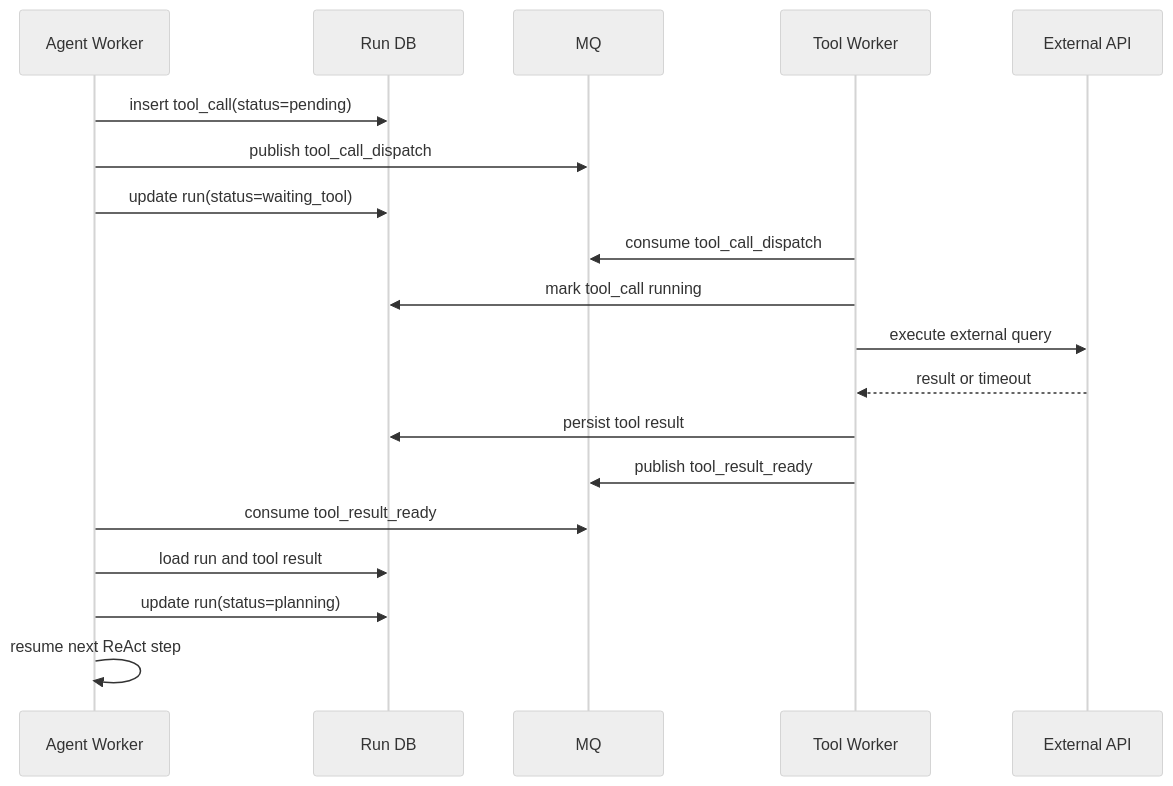
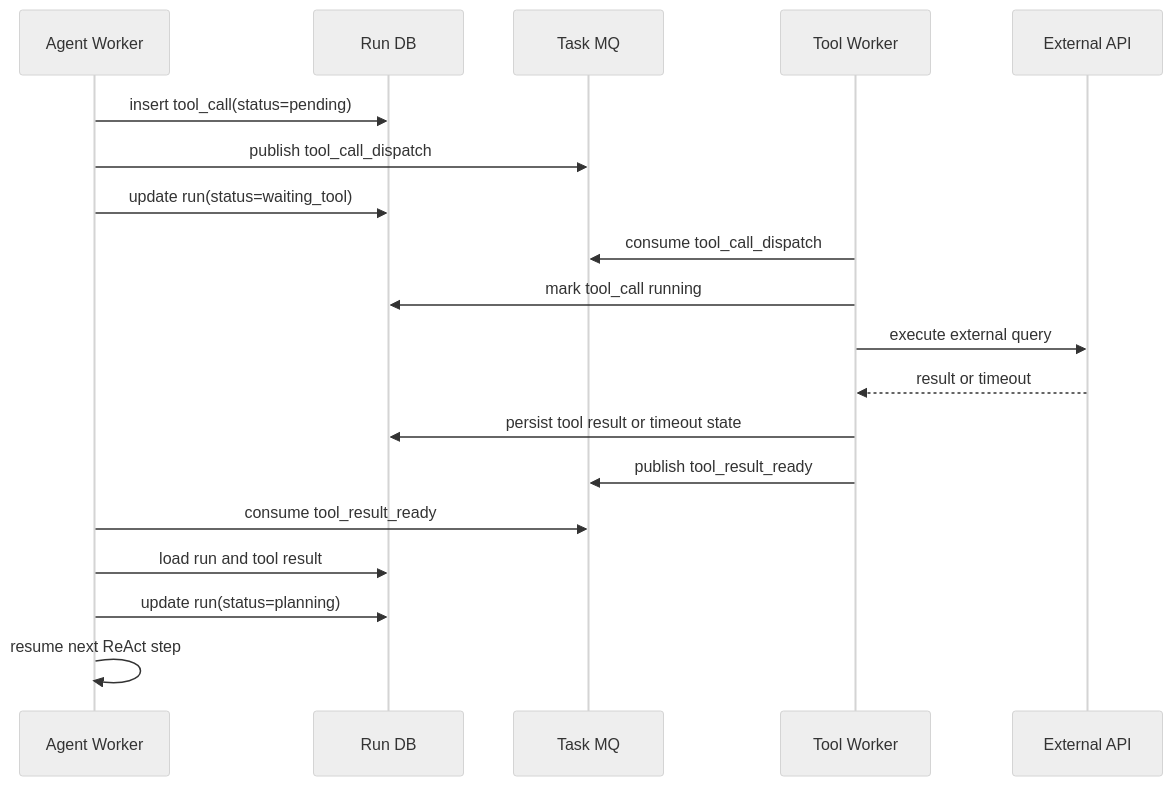
One commit to pofossette/guidebooks changed the second of 5 diagrams in docs/backend-dev/系统设计/电商平台与云端对话 AI 系统设计/04-MQ Redis 与缓存一致性.md. Above: the diagram before and after it, drawn with Mermaid (neutral theme). The commit also changed other lines of this file and 7 other files, not shown here.

````diff
--- a/docs/backend-dev/系统设计/电商平台与云端对话 AI 系统设计/04-MQ Redis 与缓存一致性.md
+++ b/docs/backend-dev/系统设计/电商平台与云端对话 AI 系统设计/04-MQ Redis 与缓存一致性.md
@@ -66,22 +79,22 @@
 ```mermaid
 sequenceDiagram
     participant W as Agent Worker
     participant DB as Run DB
-    participant MQ as MQ
+    participant MQ as Task MQ
     participant TW as Tool Worker
     participant EXT as External API
 
     W->>DB: insert tool_call(status=pending)
     W->>MQ: publish tool_call_dispatch
     W->>DB: update run(status=waiting_tool)
     TW->>MQ: consume tool_call_dispatch
     TW->>DB: mark tool_call running
     TW->>EXT: execute external query
     EXT-->>TW: result or timeout
-    TW->>DB: persist tool result
+    TW->>DB: persist tool result or timeout state
     TW->>MQ: publish tool_result_ready
     W->>MQ: consume tool_result_ready
     W->>DB: load run and tool result
     W->>DB: update run(status=planning)
     W->>W: resume next ReAct step
 ```
````
